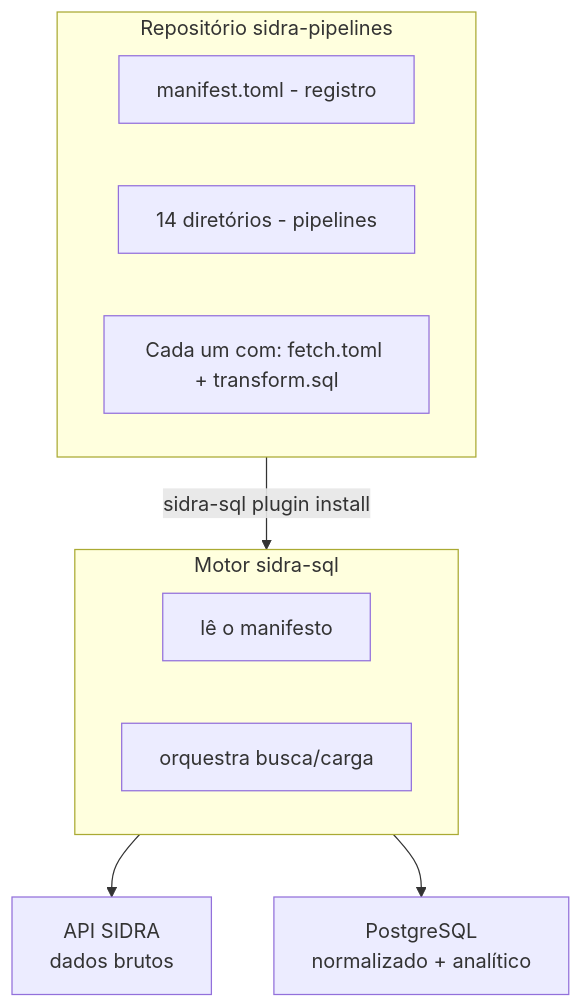
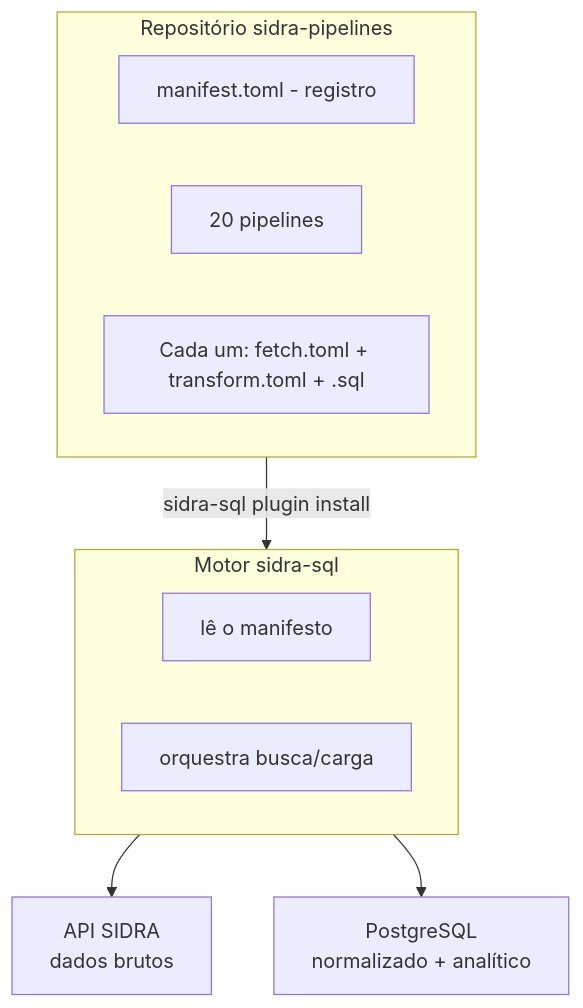
Before and after one commit to Quantilica/docs: the diagram in docs/ibge/sidra-pipelines.md, drawn with Mermaid. The commit also changed other lines of this file and 4 other files, not shown here.

First line of the commit message:
docs(ibge): sincroniza sidra-pipelines e sidra-sql com o estado atual

````diff
--- a/docs/ibge/sidra-pipelines.md
+++ b/docs/ibge/sidra-pipelines.md
@@ -33,18 +33,18 @@
 ```mermaid
 graph TD
     subgraph Repo [Repositório sidra-pipelines]
         R1[manifest.toml - registro]
-        R2[14 diretórios - pipelines]
-        R3[Cada um com: fetch.toml + transform.sql]
+        R2[20 pipelines]
+        R3[Cada um: fetch.toml + transform.toml + .sql]
     end
 
     Repo -- sidra-sql plugin install --> Motor
 
     subgraph Motor [Motor sidra-sql]
         M1[lê o manifesto]
         M2[orquestra busca/carga]
     end
 
     Motor --> API[API SIDRA<br/>dados brutos]
     Motor --> DB[PostgreSQL<br/>normalizado + analítico]
 ```
````
